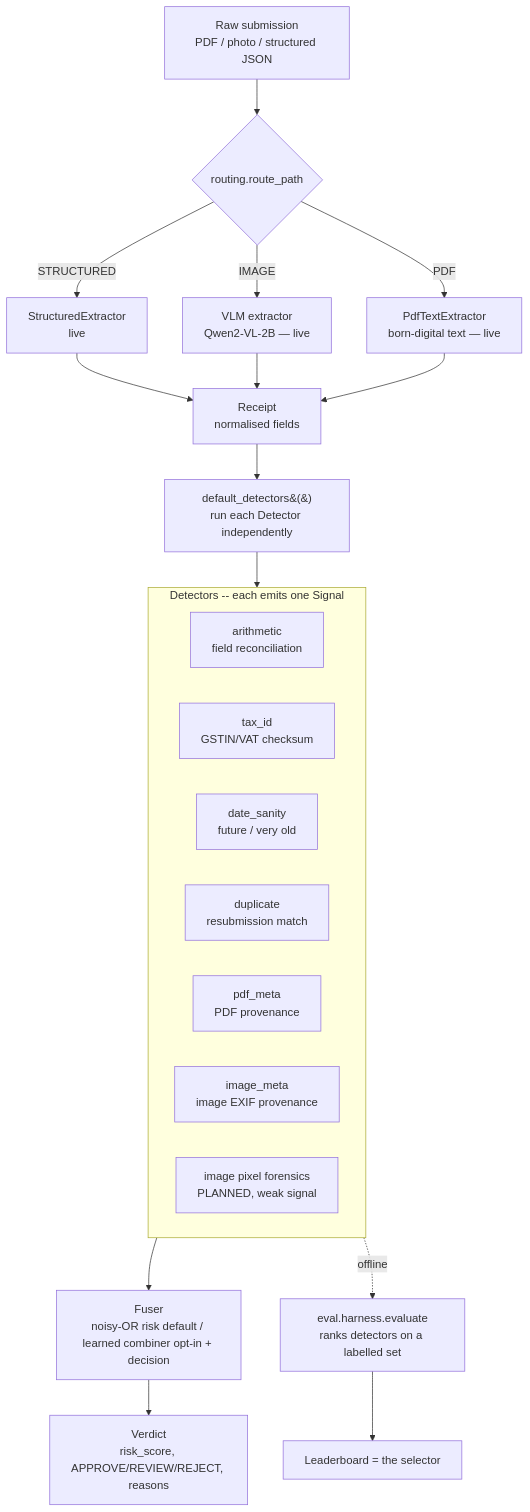
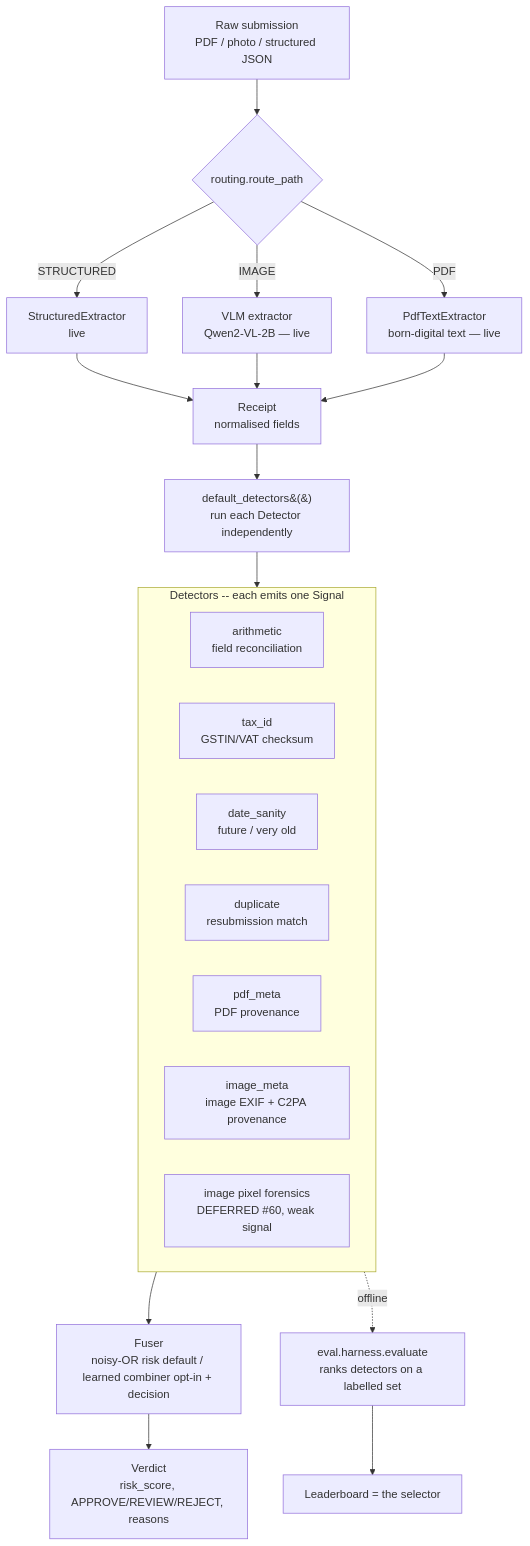
One commit to Akshat-Dhiraaj/reimbursement changed the diagram in ARCHITECTURE.md. Above: the diagram before and after it, drawn with Mermaid. The commit also changed other lines of this file and 20 other files, not shown here.

````diff
--- a/ARCHITECTURE.md
+++ b/ARCHITECTURE.md
@@ -12,29 +12,29 @@
 ```mermaid
 flowchart TD
     A[Raw submission<br/>PDF / photo / structured JSON] --> R{routing.route_path}
     R -->|PDF| XP[PdfTextExtractor<br/>born-digital text — live]
     R -->|IMAGE| XV[VLM extractor<br/>Qwen2-VL-2B — live]
     R -->|STRUCTURED| SE[StructuredExtractor<br/>live]
     SE --> RC[Receipt<br/>normalised fields]
     XV --> RC
     XP --> RC
 
     RC --> D[default_detectors&#40;&#41;<br/>run each Detector independently]
 
     subgraph DET[Detectors -- each emits one Signal]
       D1[arithmetic<br/>field reconciliation]
       D2[tax_id<br/>GSTIN/VAT checksum]
       D3[date_sanity<br/>future / very old]
       D4[duplicate<br/>resubmission match]
       D5[pdf_meta<br/>PDF provenance]
-      D6[image_meta<br/>image EXIF provenance]
-      D7[image pixel forensics<br/>PLANNED, weak signal]
+      D6[image_meta<br/>image EXIF + C2PA provenance]
+      D7[image pixel forensics<br/>DEFERRED #60, weak signal]
     end
     D --> DET
 
     DET --> F[Fuser<br/>noisy-OR risk default / learned combiner opt-in + decision]
     F --> V[Verdict<br/>risk_score, APPROVE/REVIEW/REJECT, reasons]
 
     DET -. offline .-> H[eval.harness.evaluate<br/>ranks detectors on a labelled set]
     H --> SEL[Leaderboard = the selector]
 ```
````
